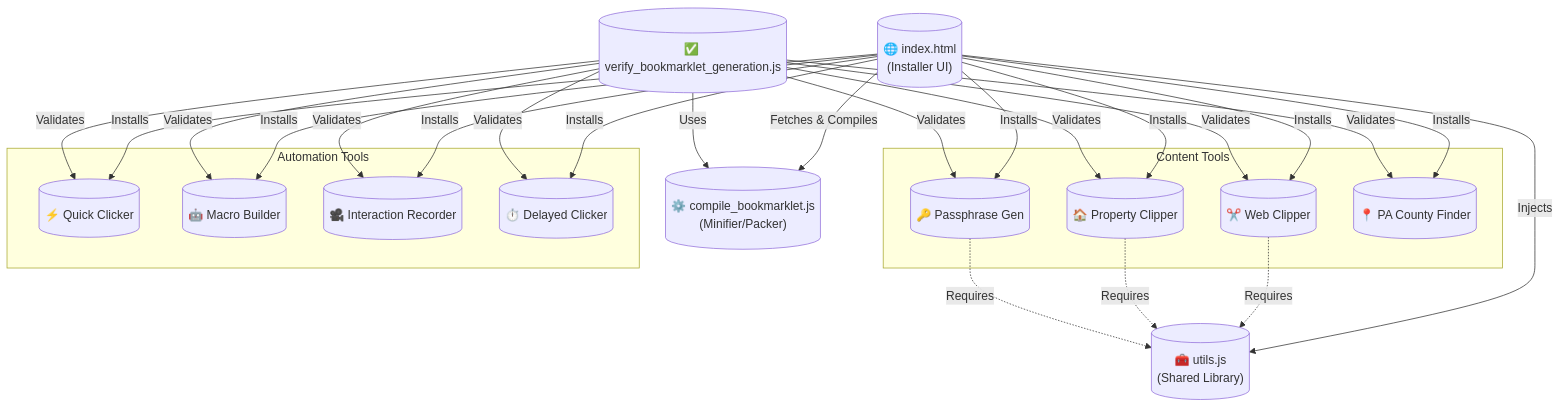
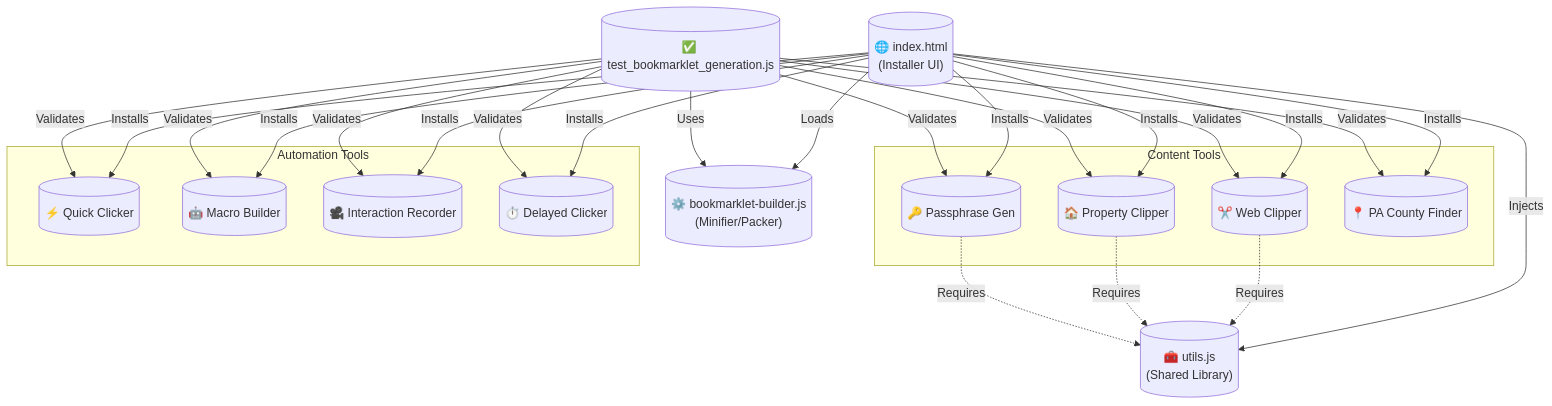
The diagram in ARCHITECTURE.md (ekayaprod/SpecializedTools), drawn with Mermaid before and after one commit. The commit also changed other lines of this file and 17 other files, not shown here.

````diff
--- a/ARCHITECTURE.md
+++ b/ARCHITECTURE.md
@@ -11,37 +11,37 @@
 ```mermaid
 graph TD
     %% Nodes
     Index[("🌐 index.html <br/>(Installer UI)")]
-    Compiler[("⚙️ compile_bookmarklet.js <br/>(Minifier/Packer)")]
+    Compiler[("⚙️ bookmarklet-builder.js <br/>(Minifier/Packer)")]
     Utils[("🧰 utils.js <br/>(Shared Library)")]
 
     subgraph "Content Tools"
         WC[("✂️ Web Clipper")]
         PC[("🏠 Property Clipper")]
         PG[("🔑 Passphrase Gen")]
         CF[("📍 PA County Finder")]
     end
 
     subgraph "Automation Tools"
         QC[("⚡ Quick Clicker")]
         MB[("🤖 Macro Builder")]
         IR[("🎥 Interaction Recorder")]
         DC[("⏱️ Delayed Clicker")]
     end
 
-    Verifier[("✅ verify_bookmarklet_generation.js")]
+    Verifier[("✅ test_bookmarklet_generation.js")]
 
     %% Relationships
-    Index -->|Fetches & Compiles| Compiler
+    Index -->|Loads| Compiler
     Index -->|Injects| Utils
     Index -->|Installs| WC & PC & PG & CF
     Index -->|Installs| QC & MB & IR & DC
 
     %% Specific Dependencies
     WC -.->|Requires| Utils
     PC -.->|Requires| Utils
     PG -.->|Requires| Utils
 
     Verifier -->|Validates| WC & PC & PG & CF & QC & MB & IR & DC
     Verifier -->|Uses| Compiler
 ```
````
